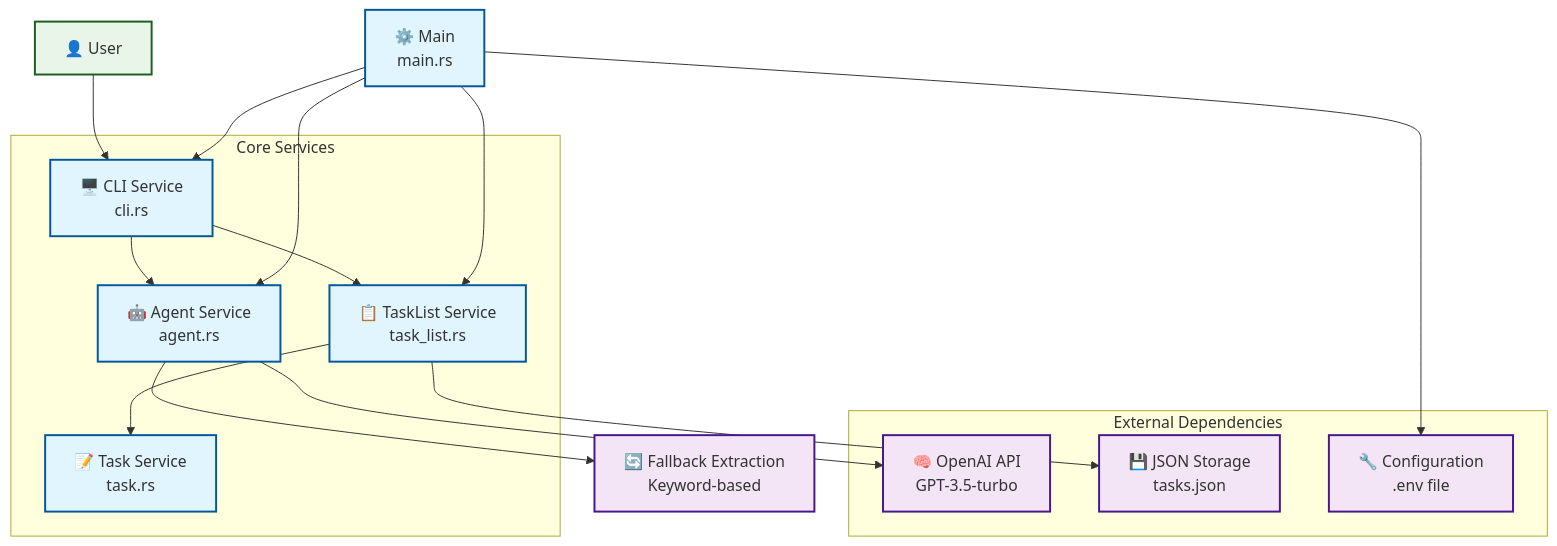
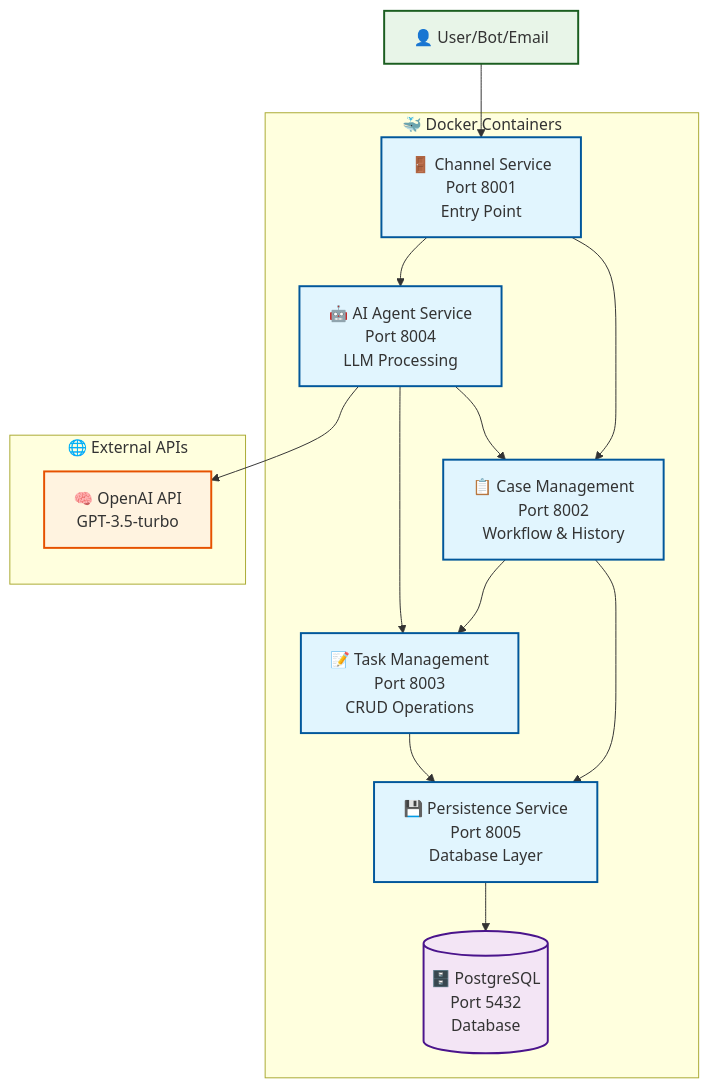
The diagram in README.md (ravikadam/tasks), drawn with Mermaid before and after one commit. The commit also changed other lines of this file and 36 other files, not shown here.

First line of the commit message:
feat: Implement Docker-based microservices architecture

````diff
--- a/README.md
+++ b/README.md
@@ -9,38 +9,40 @@
 ```mermaid
 graph TB
-    User[👤 User] --> CLI[🖥️ CLI Service<br/>cli.rs]
-    CLI --> Agent[🤖 Agent Service<br/>agent.rs]
-    CLI --> TaskList[📋 TaskList Service<br/>task_list.rs]
+    User[👤 User/Bot/Email] --> Channel[🚪 Channel Service<br/>Port 8001<br/>Entry Point]
     
-    Agent --> OpenAI[🧠 OpenAI API<br/>GPT-3.5-turbo]
-    Agent --> Fallback[🔄 Fallback Extraction<br/>Keyword-based]
+    Channel --> Case[📋 Case Management<br/>Port 8002<br/>Workflow & History]
+    Channel --> AI[🤖 AI Agent Service<br/>Port 8004<br/>LLM Processing]
     
-    TaskList --> Task[📝 Task Service<br/>task.rs]
-    TaskList --> JSON[💾 JSON Storage<br/>tasks.json]
+    Case --> Task[📝 Task Management<br/>Port 8003<br/>CRUD Operations]
+    Case --> Persist[💾 Persistence Service<br/>Port 8005<br/>Database Layer]
     
-    Main[⚙️ Main<br/>main.rs] --> Config[🔧 Configuration<br/>.env file]
-    Main --> CLI
-    Main --> Agent
-    Main --> TaskList
+    Task --> Persist
+    AI --> Case
+    AI --> Task
+    AI --> OpenAI[🧠 OpenAI API<br/>GPT-3.5-turbo]
     
-    subgraph "Core Services"
+    Persist --> DB[(🗄️ PostgreSQL<br/>Port 5432<br/>Database)]
+    
+    subgraph "🐳 Docker Containers"
+        Channel
+        Case
         Task
-        TaskList
-        Agent
-        CLI
+        AI
+        Persist
+        DB
     end
     
-    subgraph "External Dependencies"
+    subgraph "🌐 External APIs"
         OpenAI
-        JSON
-        Config
     end
     
     classDef service fill:#e1f5fe,stroke:#01579b,stroke-width:2px
-    classDef external fill:#f3e5f5,stroke:#4a148c,stroke-width:2px
+    classDef database fill:#f3e5f5,stroke:#4a148c,stroke-width:2px
+    classDef external fill:#fff3e0,stroke:#e65100,stroke-width:2px
     classDef user fill:#e8f5e8,stroke:#1b5e20,stroke-width:2px
     
-    class Task,TaskList,Agent,CLI,Main service
-    class OpenAI,JSON,Config,Fallback external
+    class Channel,Case,Task,AI,Persist service
+    class DB database
+    class OpenAI external
     class User user
 ```
````
